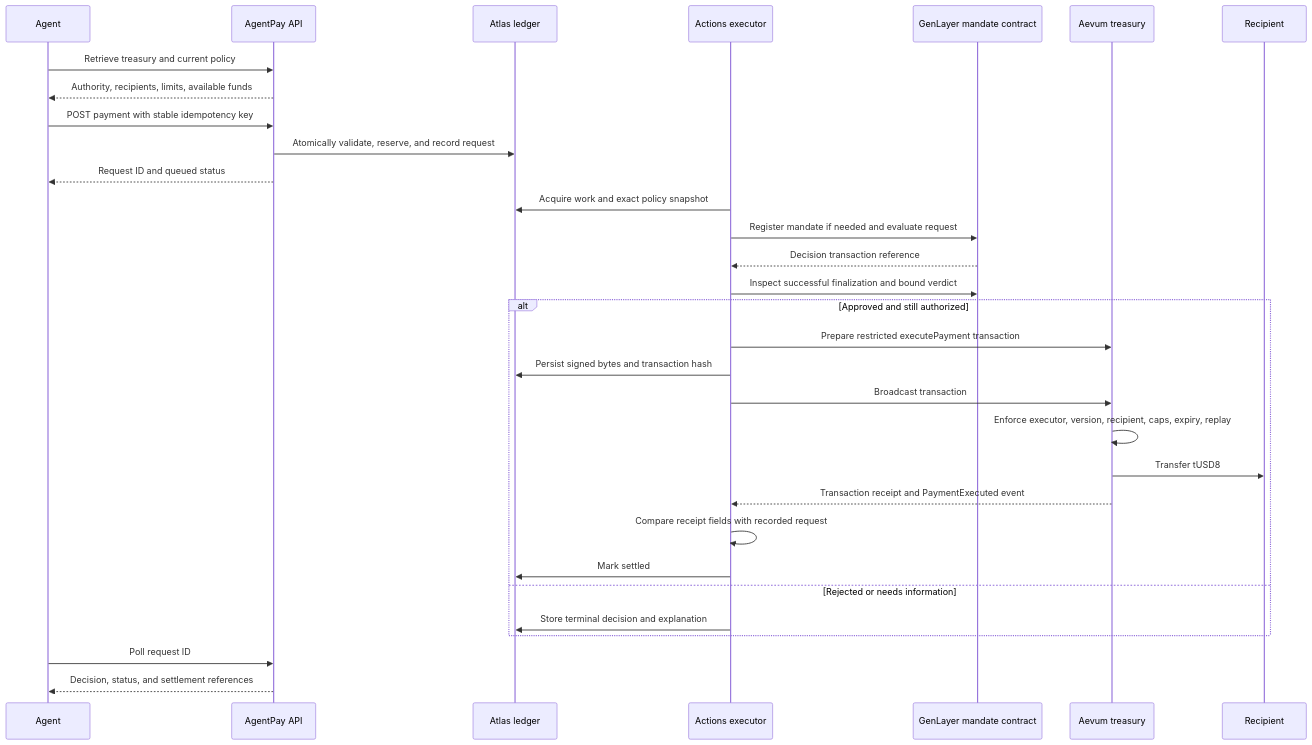
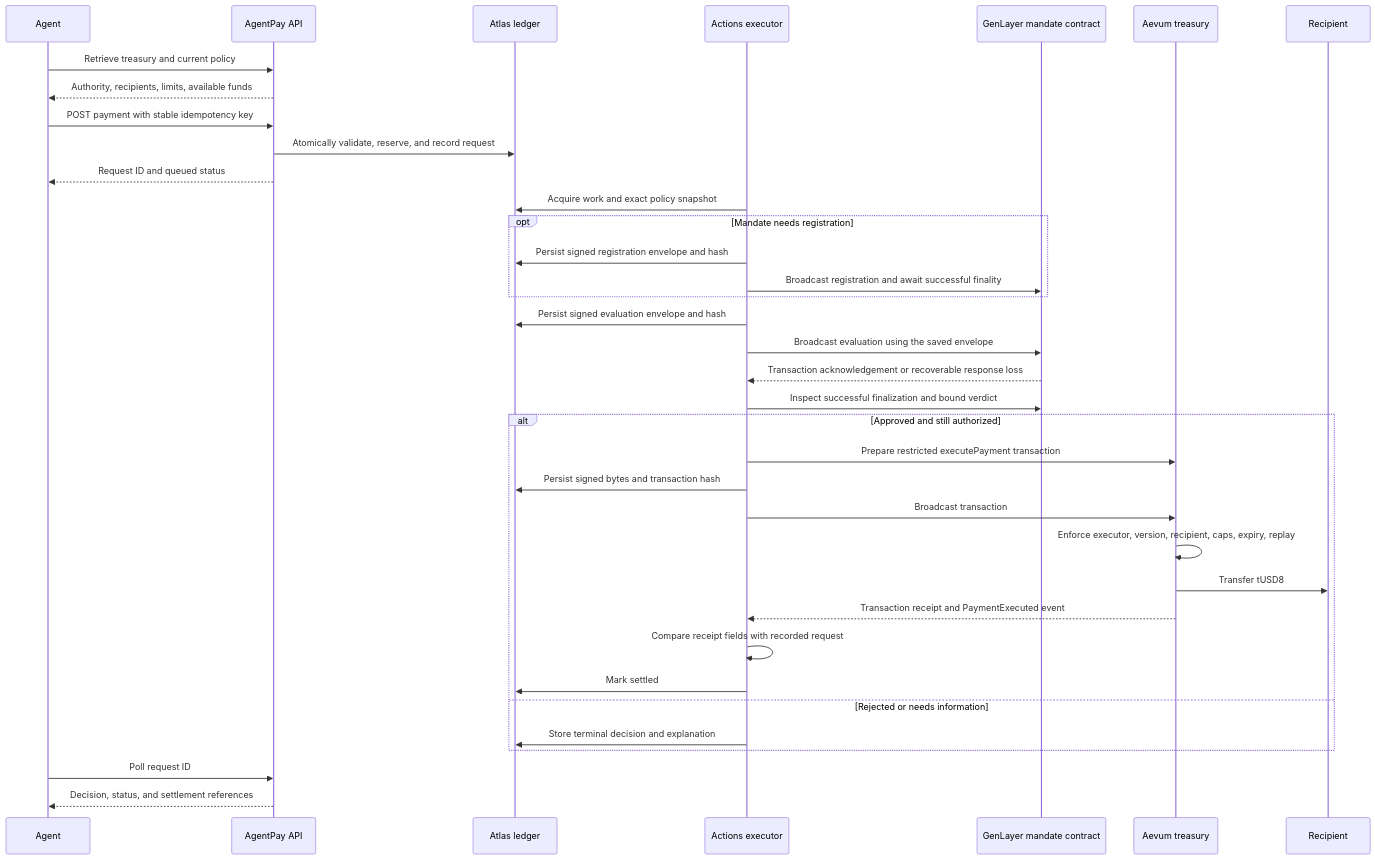
Before and after one commit to TS-mfon/agentpay: the third of 7 diagrams in README.md, drawn with Mermaid. The commit also changed other lines of this file and 27 other files, not shown here.

````diff
--- a/README.md
+++ b/README.md
@@ -210,33 +210,38 @@
 ```mermaid
 sequenceDiagram
     participant A as Agent
     participant API as AgentPay API
     participant DB as Atlas ledger
     participant W as Actions executor
     participant G as GenLayer mandate contract
     participant Q as Aevum treasury
     participant R as Recipient
     A->>API: Retrieve treasury and current policy
     API-->>A: Authority, recipients, limits, available funds
     A->>API: POST payment with stable idempotency key
     API->>DB: Atomically validate, reserve, and record request
     API-->>A: Request ID and queued status
     W->>DB: Acquire work and exact policy snapshot
-    W->>G: Register mandate if needed and evaluate request
-    G-->>W: Decision transaction reference
+    opt Mandate needs registration
+        W->>DB: Persist signed registration envelope and hash
+        W->>G: Broadcast registration and await successful finality
+    end
+    W->>DB: Persist signed evaluation envelope and hash
+    W->>G: Broadcast evaluation using the saved envelope
+    G-->>W: Transaction acknowledgement or recoverable response loss
     W->>G: Inspect successful finalization and bound verdict
     alt Approved and still authorized
         W->>Q: Prepare restricted executePayment transaction
         W->>DB: Persist signed bytes and transaction hash
         W->>Q: Broadcast transaction
         Q->>Q: Enforce executor, version, recipient, caps, expiry, replay
         Q->>R: Transfer tUSD8
         Q-->>W: Transaction receipt and PaymentExecuted event
         W->>W: Compare receipt fields with recorded request
         W->>DB: Mark settled
     else Rejected or needs information
         W->>DB: Store terminal decision and explanation
     end
     A->>API: Poll request ID
     API-->>A: Decision, status, and settlement references
 ```
````
